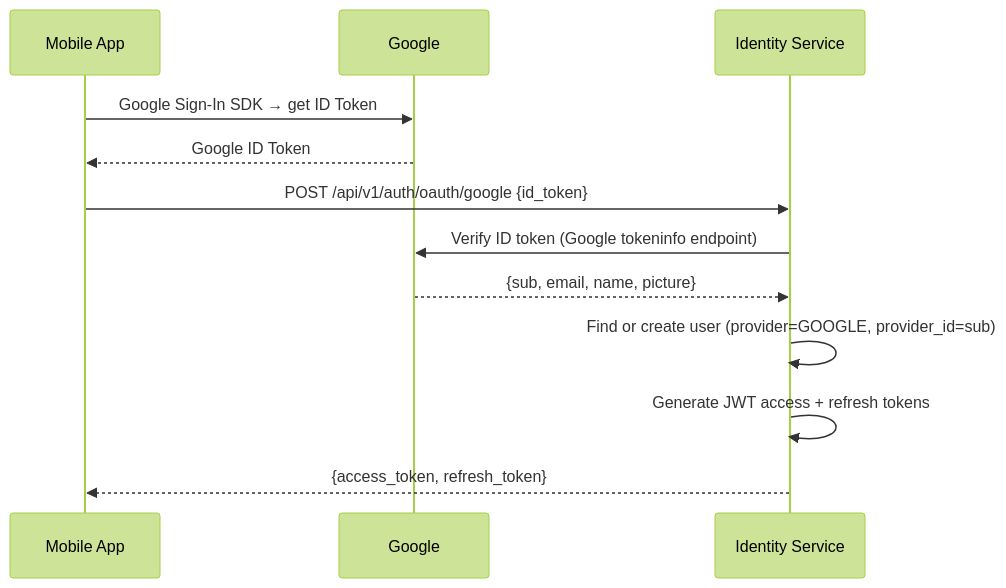
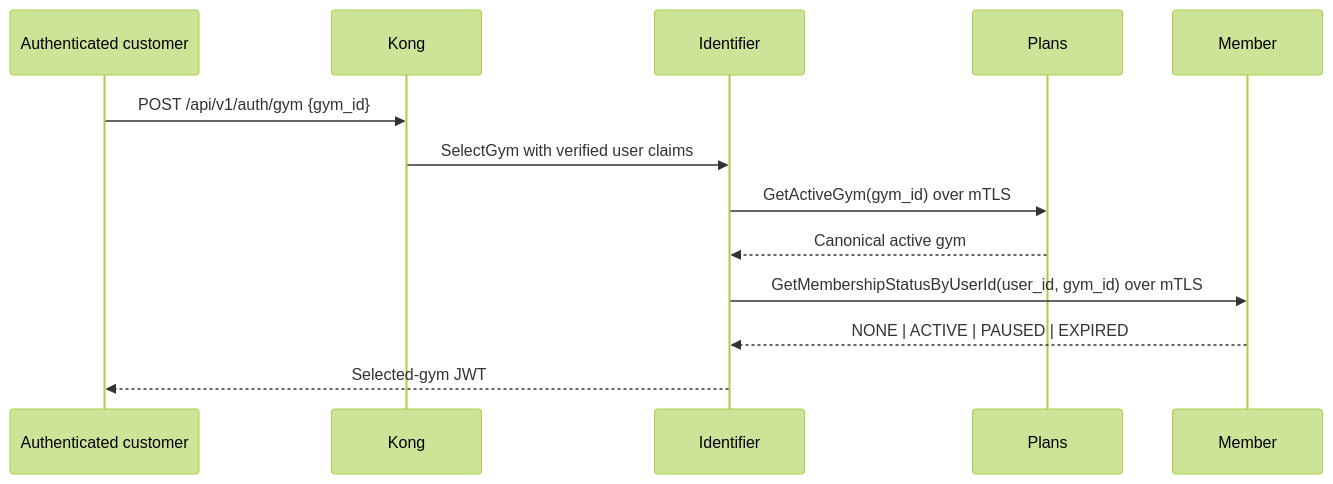
The third of 3 diagrams in services/01-ms-gym-identifier.md (pploc/gym-architect), drawn with Mermaid (forest theme) before and after one commit. The commit also changed other lines of this file and 16 other files, not shown here.

First line of the commit message:
docs: freeze Plans split roadmap through G8

````diff
--- a/services/01-ms-gym-identifier.md
+++ b/services/01-ms-gym-identifier.md
@@ -214,15 +87,16 @@
 ```mermaid
 sequenceDiagram
-    participant C as Mobile App
-    participant G as Google
-    participant IS as Identity Service
+    participant C as Authenticated customer
+    participant K as Kong
+    participant ID as Identifier
+    participant PL as Plans
+    participant MB as Member
 
-    C->>G: Google Sign-In SDK → get ID Token
-    G-->>C: Google ID Token
-    C->>IS: POST /api/v1/auth/oauth/google {id_token}
-    IS->>G: Verify ID token (Google tokeninfo endpoint)
-    G-->>IS: {sub, email, name, picture}
-    IS->>IS: Find or create user (provider=GOOGLE, provider_id=sub)
-    IS->>IS: Generate JWT access + refresh tokens
-    IS-->>C: {access_token, refresh_token}
+    C->>K: POST /api/v1/auth/gym {gym_id}
+    K->>ID: SelectGym with verified user claims
+    ID->>PL: GetActiveGym(gym_id) over mTLS
+    PL-->>ID: Canonical active gym
+    ID->>MB: GetMembershipStatusByUserId(user_id, gym_id) over mTLS
+    MB-->>ID: NONE | ACTIVE | PAUSED | EXPIRED
+    ID-->>C: Selected-gym JWT
 ```
````
